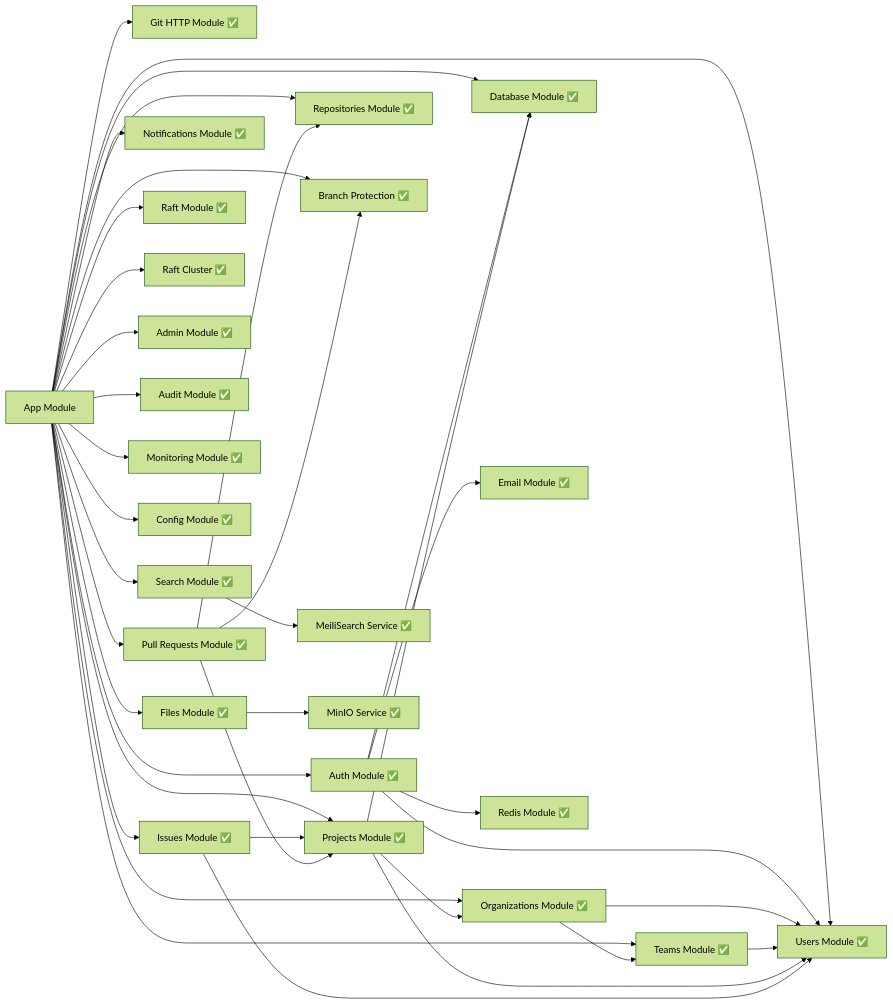
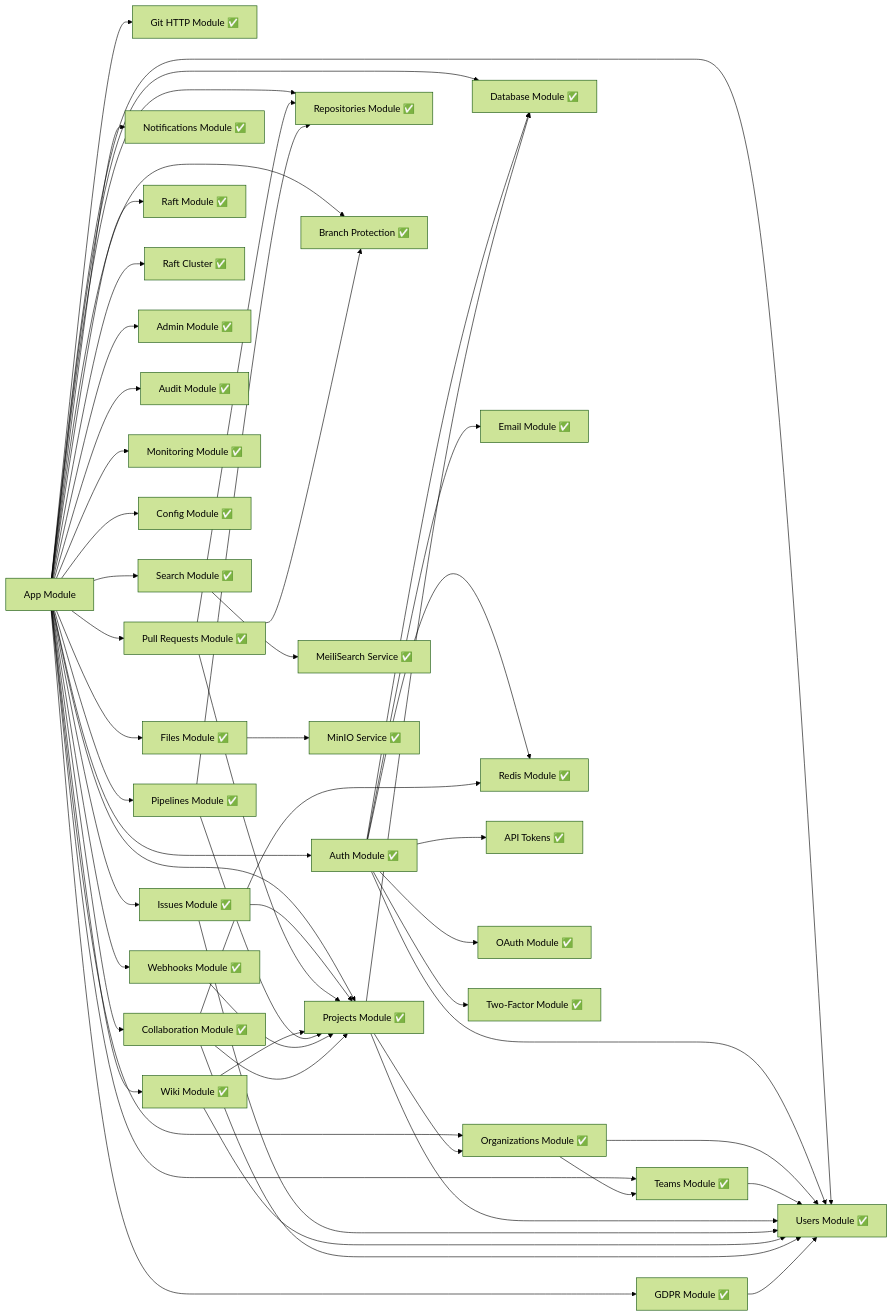
One commit to CPU-JIA/Flotilla changed the fourth of 17 diagrams in docs/架构设计文档.md. Above: the diagram before and after it, drawn with Mermaid (forest theme). The commit also changed other lines of this file and 151 other files, not shown here.

````diff
--- a/docs/架构设计文档.md
+++ b/docs/架构设计文档.md
@@ -451,50 +460,72 @@
 ```mermaid
 graph LR
     AppModule[App Module]
 
     AppModule --> AuthModule[Auth Module ✅]
     AppModule --> UsersModule[Users Module ✅]
     AppModule --> OrganizationsModule[Organizations Module ✅]
     AppModule --> TeamsModule[Teams Module ✅]
     AppModule --> ProjectsModule[Projects Module ✅]
     AppModule --> RepositoriesModule[Repositories Module ✅]
     AppModule --> GitModule[Git HTTP Module ✅]
     AppModule --> IssuesModule[Issues Module ✅]
     AppModule --> PullRequestsModule[Pull Requests Module ✅]
     AppModule --> BranchProtectionModule[Branch Protection ✅]
     AppModule --> SearchModule[Search Module ✅]
     AppModule --> NotificationsModule[Notifications Module ✅]
     AppModule --> FilesModule[Files Module ✅]
     AppModule --> RaftModule[Raft Module ✅]
     AppModule --> RaftClusterModule[Raft Cluster ✅]
     AppModule --> AdminModule[Admin Module ✅]
     AppModule --> AuditModule[Audit Module ✅]
     AppModule --> MonitoringModule[Monitoring Module ✅]
     AppModule --> DatabaseModule[Database Module ✅]
     AppModule --> ConfigModule[Config Module ✅]
+    AppModule --> PipelinesModule[Pipelines Module ✅]
+    AppModule --> WikiModule[Wiki Module ✅]
+    AppModule --> WebhooksModule[Webhooks Module ✅]
+    AppModule --> CollaborationModule[Collaboration Module ✅]
+    AppModule --> GdprModule[GDPR Module ✅]
 
     AuthModule --> UsersModule
     AuthModule --> DatabaseModule
     AuthModule --> EmailModule[Email Module ✅]
     AuthModule --> RedisModule[Redis Module ✅]
+    AuthModule --> ApiTokensModule[API Tokens ✅]
+    AuthModule --> OAuthModule[OAuth Module ✅]
+    AuthModule --> TwoFactorModule[Two-Factor Module ✅]
 
     OrganizationsModule --> UsersModule
     OrganizationsModule --> TeamsModule
 
     TeamsModule --> UsersModule
 
     ProjectsModule --> UsersModule
     ProjectsModule --> OrganizationsModule
     ProjectsModule --> DatabaseModule
 
     IssuesModule --> ProjectsModule
     IssuesModule --> UsersModule
 
     PullRequestsModule --> ProjectsModule
     PullRequestsModule --> RepositoriesModule
     PullRequestsModule --> BranchProtectionModule
 
     SearchModule --> MeiliSearchModule[MeiliSearch Service ✅]
 
     FilesModule --> MinIOModule[MinIO Service ✅]
+
+    WikiModule --> ProjectsModule
+    WikiModule --> UsersModule
+
+    PipelinesModule --> ProjectsModule
+    PipelinesModule --> RepositoriesModule
+
+    WebhooksModule --> ProjectsModule
+
+    CollaborationModule --> ProjectsModule
+    CollaborationModule --> UsersModule
+    CollaborationModule --> RedisModule
+
+    GdprModule --> UsersModule
 ```
````
